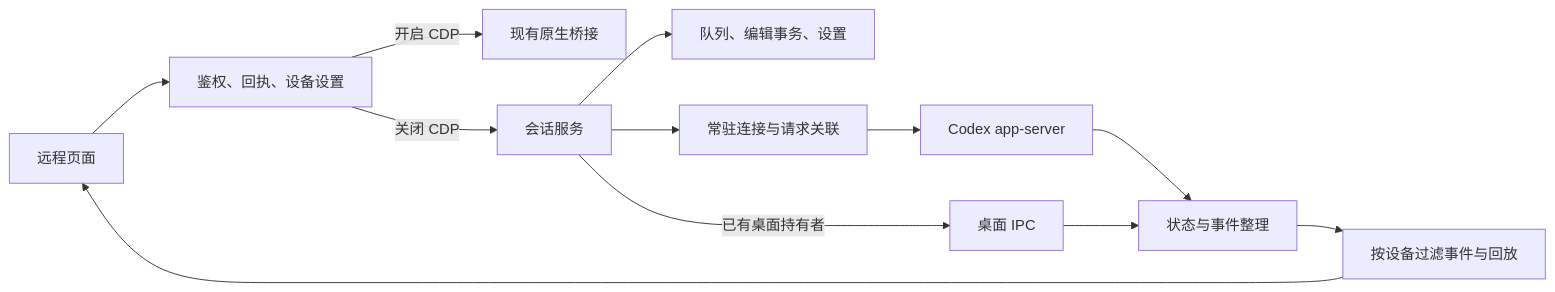
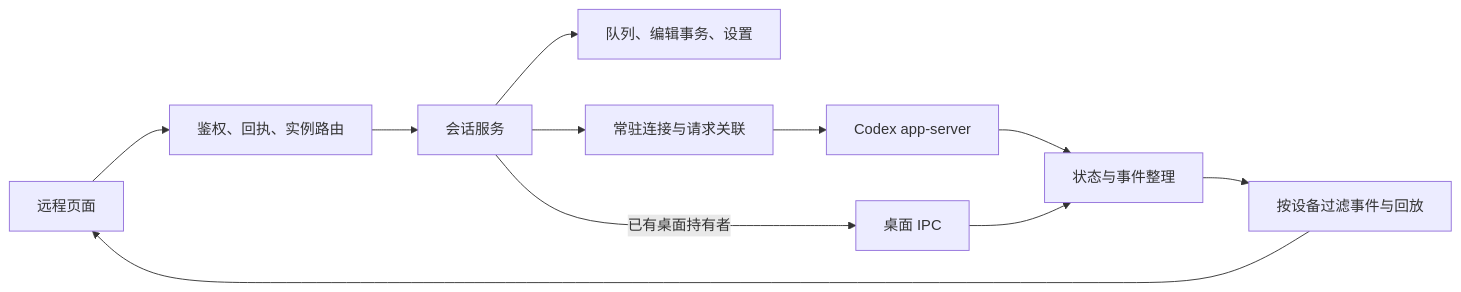
Before and after one commit to junxin367/CodexElves: the diagram in docs/remote-service-mode.md, drawn with Mermaid. The commit also changed other lines of this file and 66 other files, not shown here.

````diff
--- a/docs/remote-service-mode.md
+++ b/docs/remote-service-mode.md
@@ -83,14 +53,13 @@
 ```mermaid
 flowchart LR
-    Web[远程页面] --> Access[鉴权、回执、设备设置]
-    Access -->|开启 CDP| Native[现有原生桥接]
-    Access -->|关闭 CDP| Harness[会话服务]
+    Web[远程页面] --> Access[鉴权、回执、实例路由]
+    Access --> Harness[会话服务]
     Harness --> Store[队列、编辑事务、设置]
     Harness --> Runtime[常驻连接与请求关联]
     Runtime --> Codex[Codex app-server]
     Harness -->|已有桌面持有者| IPC[桌面 IPC]
     Codex --> Projection[状态与事件整理]
     IPC --> Projection
     Projection --> Filter[按设备过滤事件与回放]
     Filter --> Web
 ```
````
